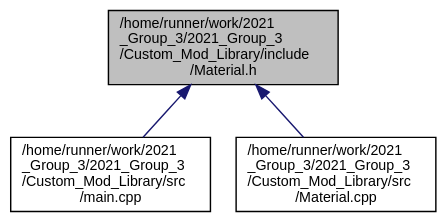
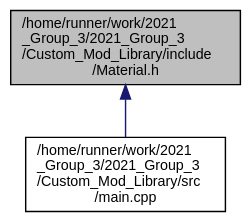
Before and after one commit to ejagombar/2021_Group_3: the diagram in _material_8h__dep__incl.dot, drawn with Graphviz. The commit also changed 66 other files, not shown here.

```diff
--- a/_material_8h__dep__incl.dot
+++ b/_material_8h__dep__incl.dot
@@ -1,12 +1,10 @@
 digraph "/home/runner/work/2021_Group_3/2021_Group_3/Custom_Mod_Library/include/Material.h"
 {
  // LATEX_PDF_SIZE
   bgcolor="transparent";
   edge [fontname="Helvetica",fontsize="10",labelfontname="Helvetica",labelfontsize="10"];
   node [fontname="Helvetica",fontsize="10",shape=record];
   Node1 [label="/home/runner/work/2021\l_Group_3/2021_Group_3\l/Custom_Mod_Library/include\l/Material.h",height=0.2,width=0.4,color="black", fillcolor="grey75", style="filled", fontcolor="black",tooltip="Header file that contains the declaration for colour class and Material class."];
   Node1 -> Node2 [dir="back",color="midnightblue",fontsize="10",style="solid",fontname="Helvetica"];
   Node2 [label="/home/runner/work/2021\l_Group_3/2021_Group_3\l/Custom_Mod_Library/src\l/main.cpp",height=0.2,width=0.4,color="black",URL="$main_8cpp.html",tooltip=" "];
-  Node1 -> Node3 [dir="back",color="midnightblue",fontsize="10",style="solid",fontname="Helvetica"];
-  Node3 [label="/home/runner/work/2021\l_Group_3/2021_Group_3\l/Custom_Mod_Library/src\l/Material.cpp",height=0.2,width=0.4,color="black",URL="$_material_8cpp.html",tooltip="This file contains the source code for colour class and Material class."];
 }
```
